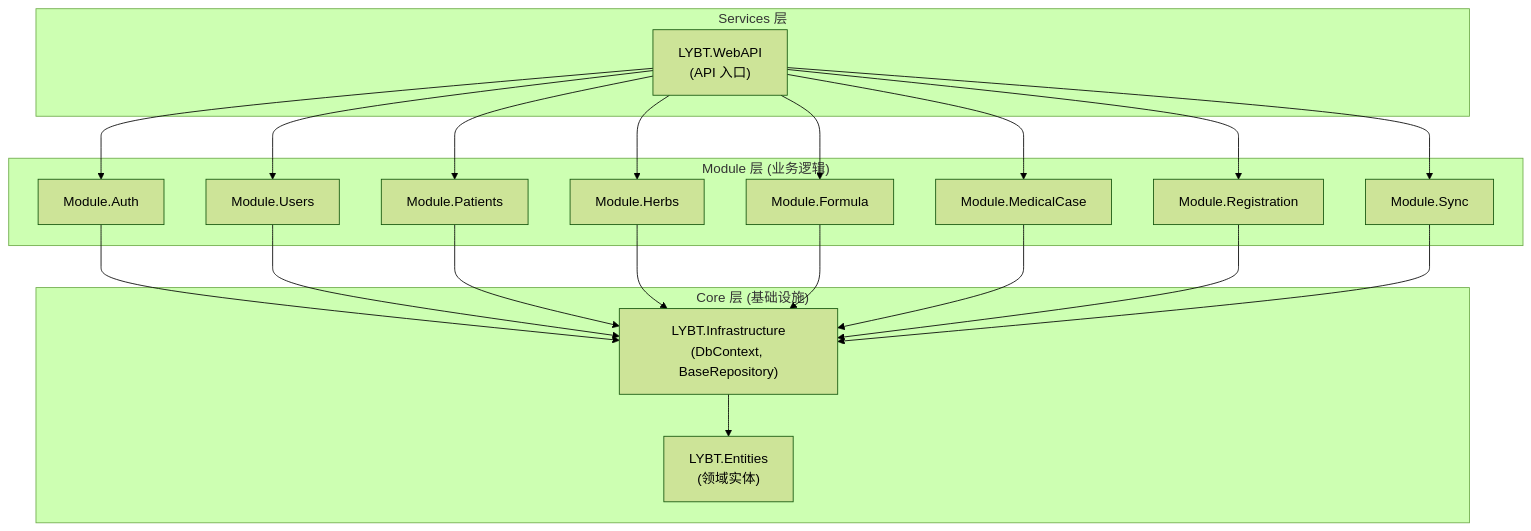
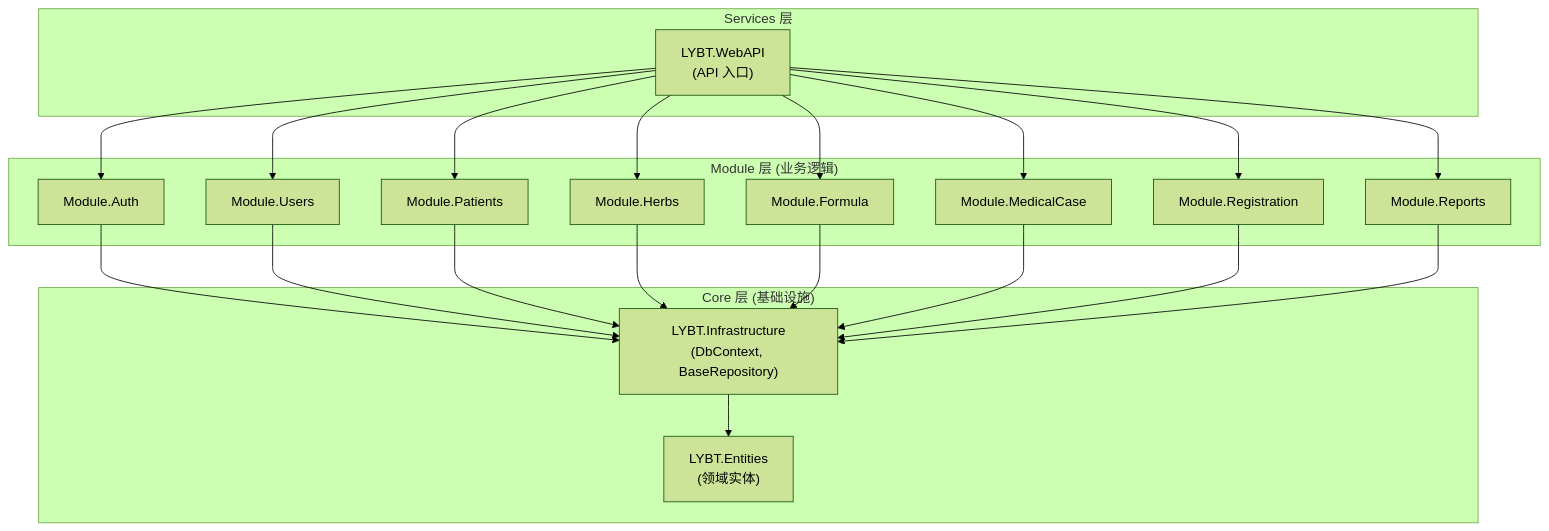
One commit to shouqitao/LYBTZYZS changed the first of 2 diagrams in docs/03-architecture/03-server.md. Above: the diagram before and after it, drawn with Mermaid (forest theme). The commit also changed other lines of this file and 119 other files, not shown here.

````diff
--- a/docs/03-architecture/03-server.md
+++ b/docs/03-architecture/03-server.md
@@ -9,26 +9,26 @@
 ```mermaid
 graph TB
     subgraph Services["Services 层"]
         WebAPI["LYBT.WebAPI<br>(API 入口)"]
     end
 
     subgraph Modules["Module 层 (业务逻辑)"]
         Auth["Module.Auth"]
         Users["Module.Users"]
         Patients["Module.Patients"]
         Herbs["Module.Herbs"]
         Formula["Module.Formula"]
         MC["Module.MedicalCase"]
         Reg["Module.Registration"]
-        Sync["Module.Sync"]
+        Reports["Module.Reports"]
     end
 
     subgraph Core["Core 层 (基础设施)"]
         Infra["LYBT.Infrastructure<br>(DbContext, BaseRepository)"]
         Entities["LYBT.Entities<br>(领域实体)"]
     end
 
-    WebAPI --> Auth & Users & Patients & Herbs & Formula & MC & Reg & Sync
-    Auth & Users & Patients & Herbs & Formula & MC & Reg & Sync --> Infra
+    WebAPI --> Auth & Users & Patients & Herbs & Formula & MC & Reg & Reports
+    Auth & Users & Patients & Herbs & Formula & MC & Reg & Reports --> Infra
     Infra --> Entities
 ```
````
